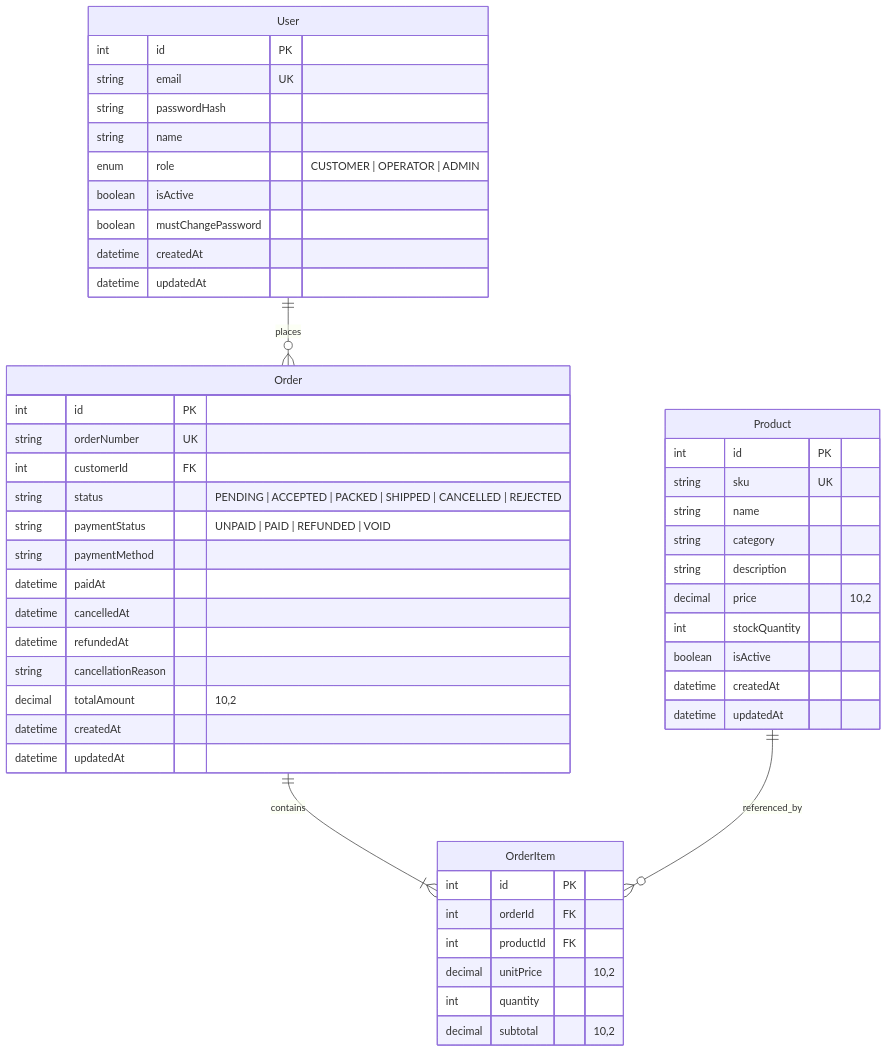
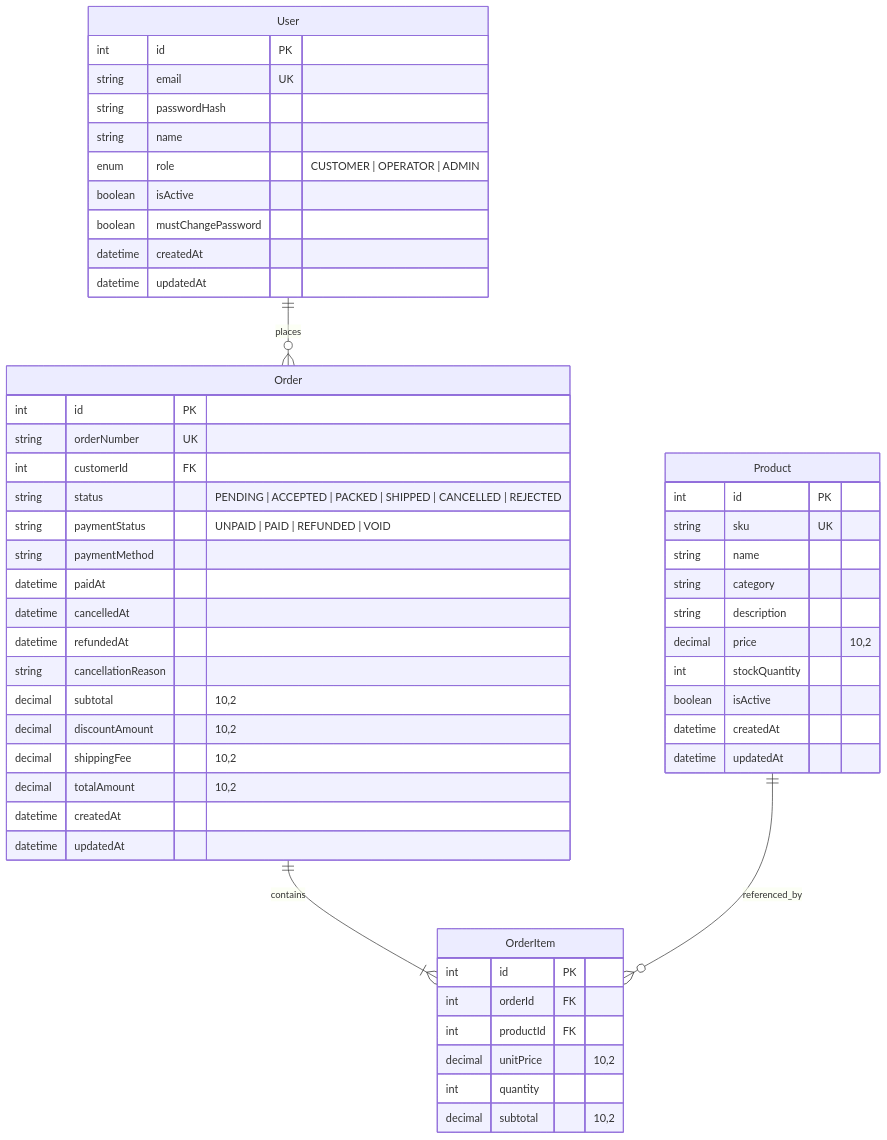
Before and after one commit to PAKATO123/CPE-334-E-Commerce-or-Ordering-System: the first of 2 diagrams in docs/system-sds.md, drawn with Mermaid. The commit also changed 4 other files, not shown here.

````diff
--- a/docs/system-sds.md
+++ b/docs/system-sds.md
@@ -58,56 +58,59 @@
 ```mermaid
 erDiagram
     User ||--o{ Order : places
     Order ||--|{ OrderItem : contains
     Product ||--o{ OrderItem : referenced_by
 
     User {
         int id PK
         string email UK
         string passwordHash
         string name
         enum role "CUSTOMER | OPERATOR | ADMIN"
         boolean isActive
         boolean mustChangePassword
         datetime createdAt
         datetime updatedAt
     }
 
     Product {
         int id PK
         string sku UK
         string name
         string category
         string description
         decimal price "10,2"
         int stockQuantity
         boolean isActive
         datetime createdAt
         datetime updatedAt
     }
 
     Order {
         int id PK
         string orderNumber UK
         int customerId FK
         string status "PENDING | ACCEPTED | PACKED | SHIPPED | CANCELLED | REJECTED"
         string paymentStatus "UNPAID | PAID | REFUNDED | VOID"
         string paymentMethod
         datetime paidAt
         datetime cancelledAt
         datetime refundedAt
         string cancellationReason
+        decimal subtotal "10,2"
+        decimal discountAmount "10,2"
+        decimal shippingFee "10,2"
         decimal totalAmount "10,2"
         datetime createdAt
         datetime updatedAt
     }
 
     OrderItem {
         int id PK
         int orderId FK
         int productId FK
         decimal unitPrice "10,2"
         int quantity
         decimal subtotal "10,2"
     }
 ```
````
